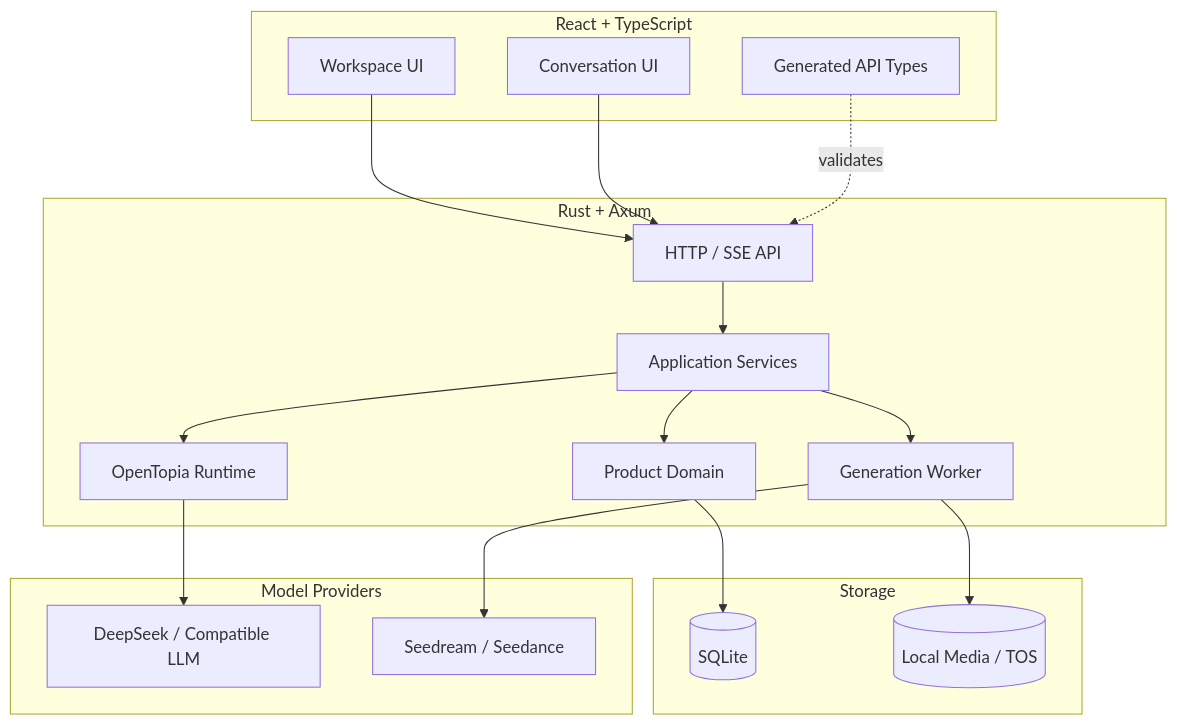
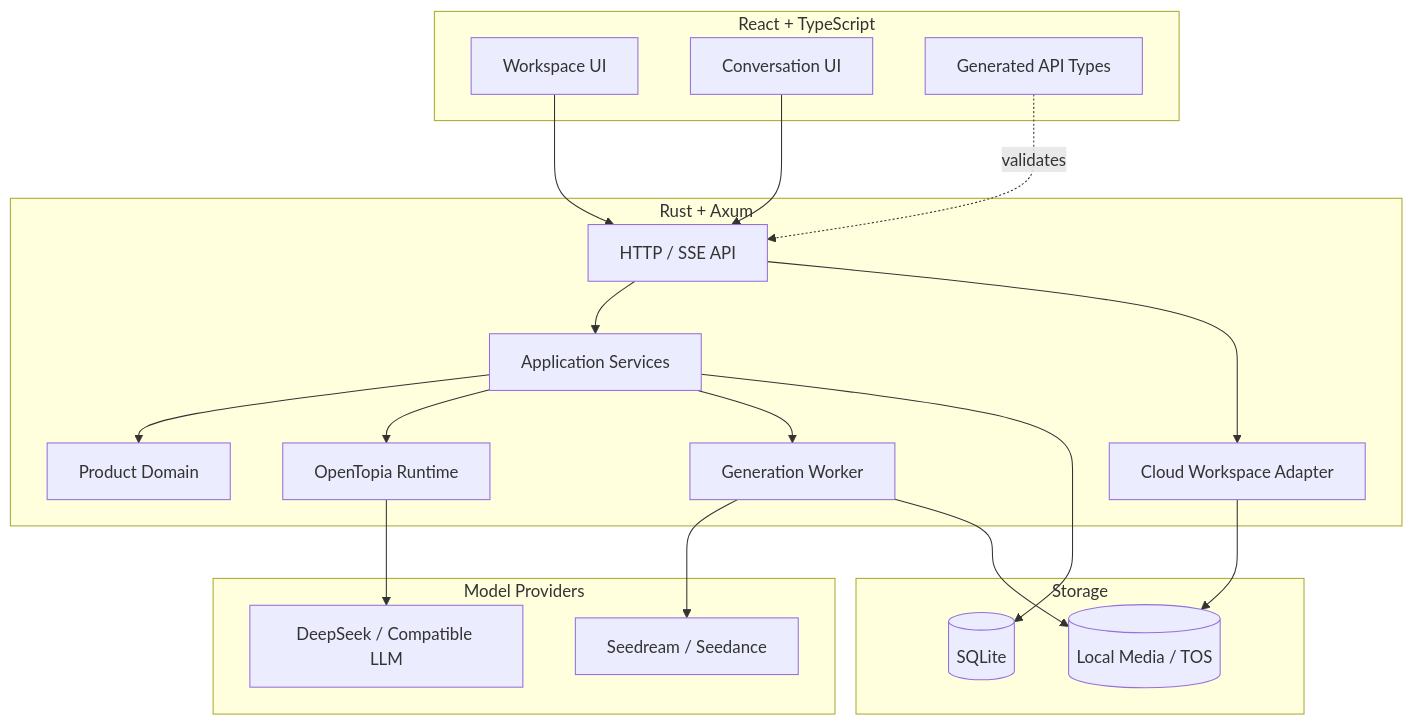
Before and after one commit to StagoMax/PlayletFlow: the second of 2 diagrams in README.md, drawn with Mermaid. The commit also changed other lines of this file and 12 other files, not shown here.

Commit message:
docs: document cloud workspace deployment and workflows

````diff
--- a/README.md
+++ b/README.md
@@ -168,38 +154,41 @@
 ```mermaid
 flowchart TB
     subgraph Browser[React + TypeScript]
         Workspace[Workspace UI]
         Conversation[Conversation UI]
         Contract[Generated API Types]
     end
 
     subgraph Server[Rust + Axum]
         HTTP[HTTP / SSE API]
         App[Application Services]
         Domain[Product Domain]
         Runtime[OpenTopia Runtime]
         Worker[Generation Worker]
+        CloudWorkspace[Cloud Workspace Adapter]
     end
 
     subgraph Storage[Storage]
         SQLite[(SQLite)]
         Files[(Local Media / TOS)]
     end
 
     subgraph Providers[Model Providers]
         LLM[DeepSeek / Compatible LLM]
         Ark[Seedream / Seedance]
     end
 
     Workspace --> HTTP
     Conversation --> HTTP
     Contract -. validates .-> HTTP
     HTTP --> App
+    HTTP --> CloudWorkspace
     App --> Domain
     App --> Runtime
     App --> Worker
-    Domain --> SQLite
+    App --> SQLite
+    CloudWorkspace --> Files
     Runtime --> LLM
     Worker --> Ark
     Worker --> Files
 ```
````
